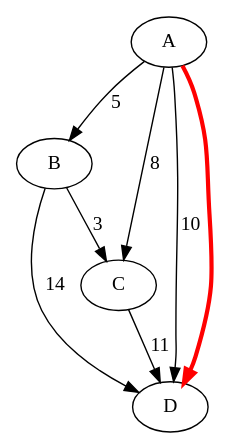
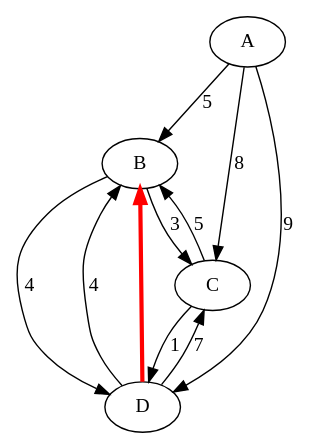
The diagram in proyecto1/P1Lis/grafo.dot (bryanjimenezchacon/IO-Proyectos), drawn with Graphviz before and after one commit. The commit also changed 6 other files, not shown here.

```diff
--- a/proyecto1/P1Lis/grafo.dot
+++ b/proyecto1/P1Lis/grafo.dot
@@ -1,9 +1,12 @@
 digraph G {
 	A -> B[label="5"];
 	A -> C[label="8"];
-	A -> D[label="10"];
+	A -> D[label="9"];
 	B -> C[label="3"];
-	B -> D[label="14"];
-	C -> D[label="11"];
-	A -> D[color=red, penwidth=3.0];
+	B -> D[label="4"];
+	C -> B[label="5"];
+	C -> D[label="1"];
+	D -> B[label="4"];
+	D -> C[label="7"];
+	D -> B[color=red, penwidth=3.0];
 }
```
